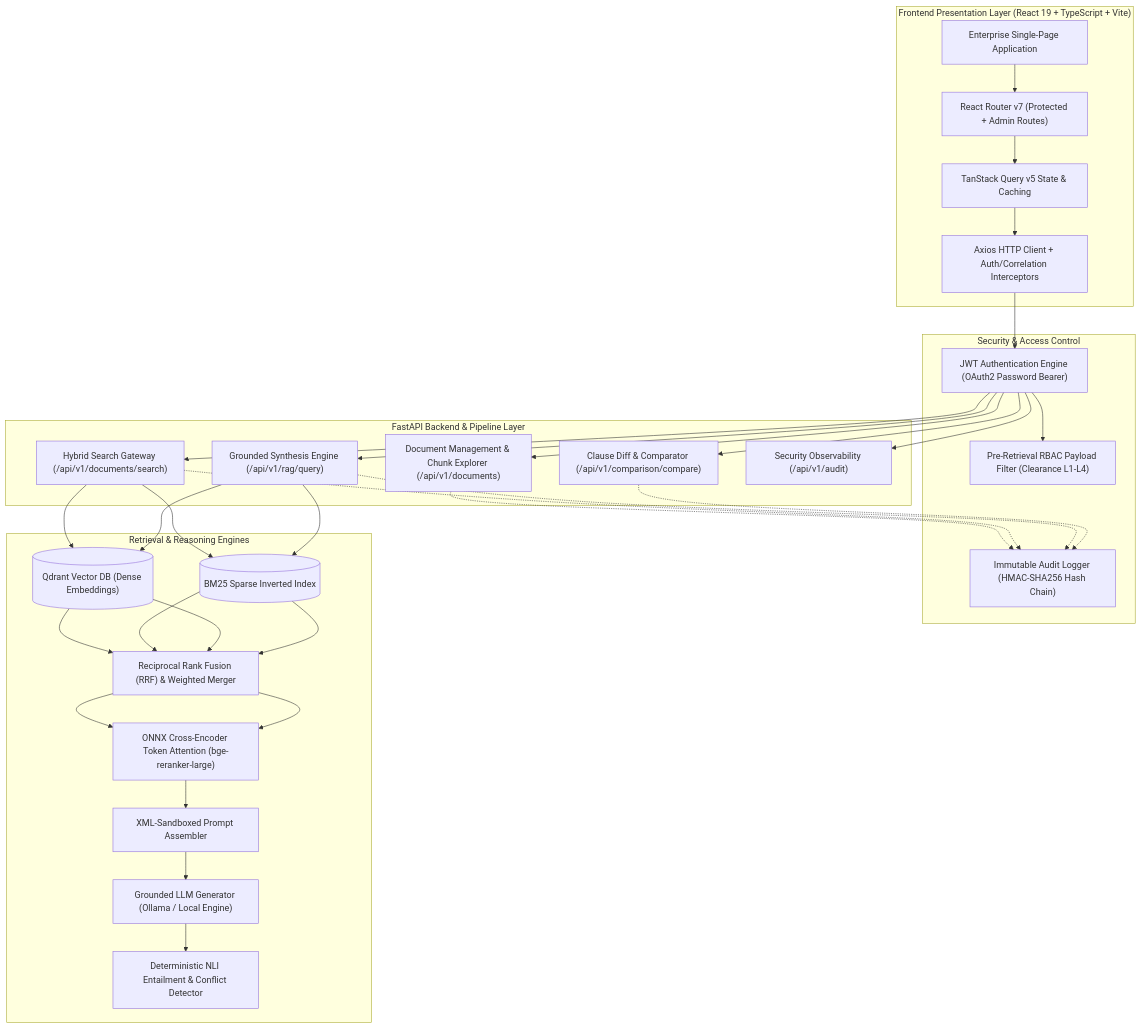
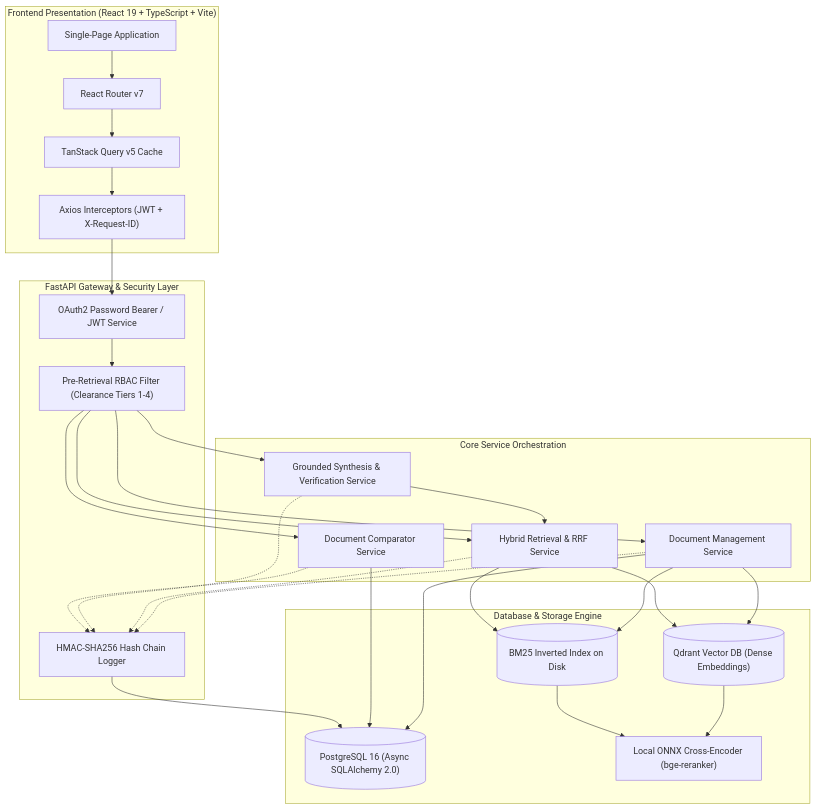
Before and after one commit to PranavKhadse/ai-enterprise-document-intelligence: the second of 2 diagrams in README.md, drawn with Mermaid. The commit also changed other lines of this file and 10 other files, not shown here.

Commit message:
feat: enhance document comparison intelligence

````diff
--- a/README.md
+++ b/README.md
@@ -27,40 +269,38 @@
 ```mermaid
 flowchart TB
-    subgraph Client ["Frontend Presentation Layer (React 19 + TypeScript + Vite)"]
-        UI["Enterprise Single-Page Application"]
-        ROUTER["React Router v7 (Protected + Admin Routes)"]
-        QUERY["TanStack Query v5 State & Caching"]
-        AXIOS["Axios HTTP Client + Auth/Correlation Interceptors"]
+    subgraph Client ["Frontend Presentation (React 19 + TypeScript + Vite)"]
+        UI["Single-Page Application"]
+        ROUTER["React Router v7"]
+        TANSTACK["TanStack Query v5 Cache"]
+        AXIOS["Axios Interceptors (JWT + X-Request-ID)"]
     end
 
-    subgraph Security ["Security & Access Control"]
-        AUTH["JWT Authentication Engine (OAuth2 Password Bearer)"]
-        RBAC["Pre-Retrieval RBAC Payload Filter (Clearance L1-L4)"]
-        AUDIT["Immutable Audit Logger (HMAC-SHA256 Hash Chain)"]
+    subgraph Gateway ["FastAPI Gateway & Security Layer"]
+        AUTH["OAuth2 Password Bearer / JWT Service"]
+        RBAC["Pre-Retrieval RBAC Filter (Clearance Tiers 1-4)"]
+        AUDIT["HMAC-SHA256 Hash Chain Logger"]
     end
 
-    subgraph Serving ["FastAPI Backend & Pipeline Layer"]
-        DOC_API["Document Management & Chunk Explorer (/api/v1/documents)"]
-        SEARCH_API["Hybrid Search Gateway (/api/v1/documents/search)"]
-        RAG_API["Grounded Synthesis Engine (/api/v1/rag/query)"]
-        COMPARE_API["Clause Diff & Comparator (/api/v1/comparison/compare)"]
-        AUDIT_API["Security Observability (/api/v1/audit)"]
+    subgraph ServiceLayer ["Core Service Orchestration"]
+        DOC_SVC["Document Management Service"]
+        SEARCH_SVC["Hybrid Retrieval & RRF Service"]
+        RAG_SVC["Grounded Synthesis & Verification Service"]
+        COMPARE_SVC["Document Comparator Service"]
     end
 
-    subgraph Engine ["Retrieval & Reasoning Engines"]
-        QDRANT[("Qdrant Vector DB (Dense Embeddings)")]
-        BM25_STORE[("BM25 Sparse Inverted Index")]
-        FUSION["Reciprocal Rank Fusion (RRF) & Weighted Merger"]
-        RERANK["ONNX Cross-Encoder Token Attention (bge-reranker-large)"]
-        PROMPT["XML-Sandboxed Prompt Assembler"]
-        LLM["Grounded LLM Generator (Ollama / Local Engine)"]
-        VERIFIER["Deterministic NLI Entailment & Conflict Detector"]
+    subgraph Storage ["Database & Storage Engine"]
+        PG[("PostgreSQL 16 (Async SQLAlchemy 2.0)")]
+        QDRANT_STORE[("Qdrant Vector DB (Dense Embeddings)")]
+        BM25_STORE[("BM25 Inverted Index on Disk")]
+        ONNX_ENGINE["Local ONNX Cross-Encoder (bge-reranker)"]
     end
 
-    UI --> ROUTER --> QUERY --> AXIOS
+    UI --> ROUTER --> TANSTACK --> AXIOS
     AXIOS --> AUTH --> RBAC
-    AUTH --> DOC_API & SEARCH_API & RAG_API & COMPARE_API & AUDIT_API
-    SEARCH_API --> QDRANT & BM25_STORE --> FUSION --> RERANK
-    RAG_API --> QDRANT & BM25_STORE --> FUSION --> RERANK --> PROMPT --> LLM --> VERIFIER
-    DOC_API & SEARCH_API & RAG_API & COMPARE_API -.-> AUDIT
+    RBAC --> DOC_SVC & SEARCH_SVC & RAG_SVC & COMPARE_SVC
+    DOC_SVC --> PG & QDRANT_STORE & BM25_STORE
+    SEARCH_SVC --> QDRANT_STORE & BM25_STORE --> ONNX_ENGINE
+    RAG_SVC --> SEARCH_SVC
+    COMPARE_SVC --> PG
+    DOC_SVC & SEARCH_SVC & RAG_SVC & COMPARE_SVC -.-> AUDIT --> PG
 ```
````
